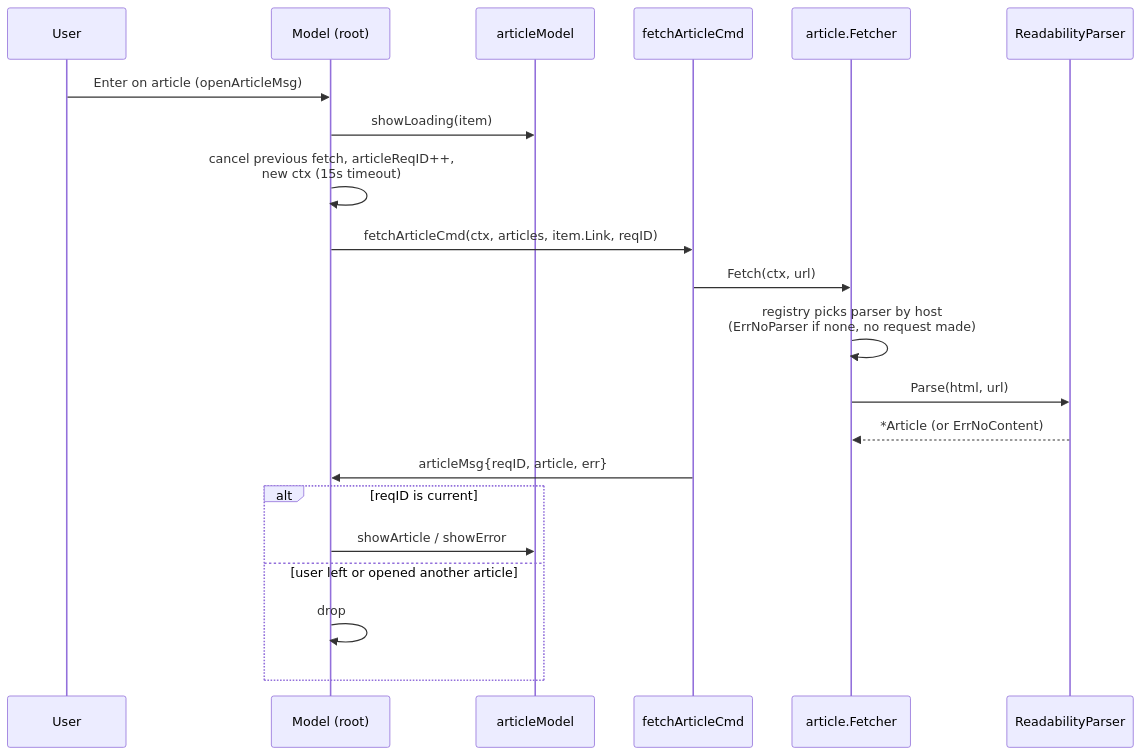
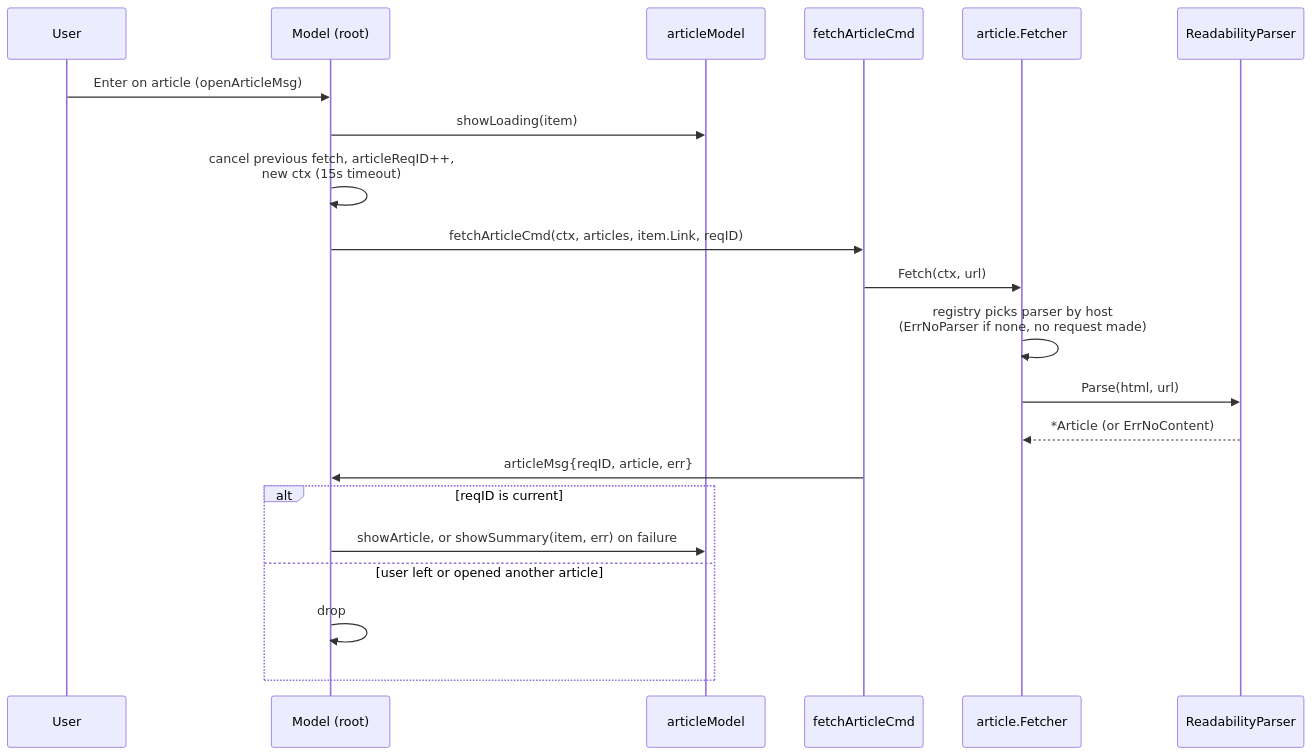
The fifth of 8 diagrams in ARCHITECTURE.md (kralkapoor/knews), drawn with Mermaid before and after one commit. The commit also changed other lines of this file and 15 other files, not shown here.

````diff
--- a/ARCHITECTURE.md
+++ b/ARCHITECTURE.md
@@ -256,24 +259,24 @@
 ```mermaid
 sequenceDiagram
     participant User
     participant Root as Model (root)
     participant AView as articleModel
     participant Cmd as fetchArticleCmd
     participant AF as article.Fetcher
     participant Parser as ReadabilityParser
 
     User->>Root: Enter on article (openArticleMsg)
     Root->>AView: showLoading(item)
     Root->>Root: cancel previous fetch, articleReqID++,<br/>new ctx (15s timeout)
     Root->>Cmd: fetchArticleCmd(ctx, articles, item.Link, reqID)
     Cmd->>AF: Fetch(ctx, url)
     AF->>AF: registry picks parser by host<br/>(ErrNoParser if none, no request made)
     AF->>Parser: Parse(html, url)
     Parser-->>AF: *Article (or ErrNoContent)
     Cmd->>Root: articleMsg{reqID, article, err}
     alt reqID is current
-        Root->>AView: showArticle / showError
+        Root->>AView: showArticle, or showSummary(item, err) on failure
     else user left or opened another article
         Root->>Root: drop
     end
 ```
````
